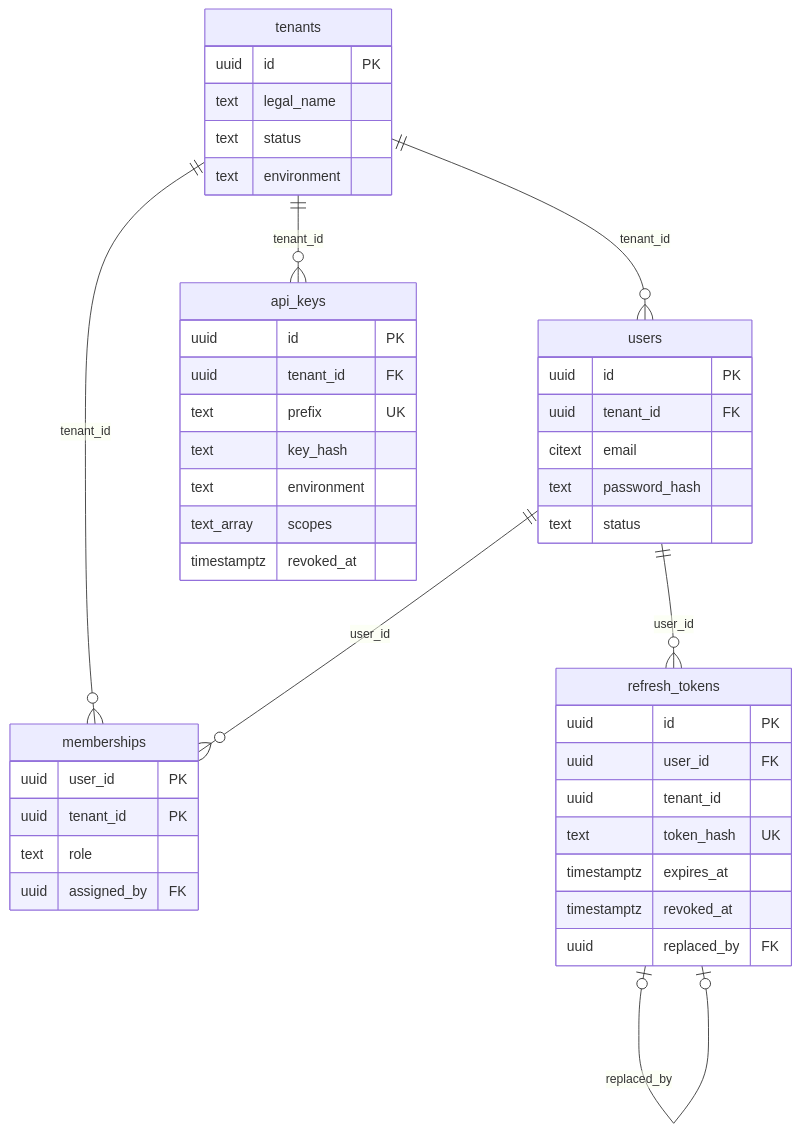
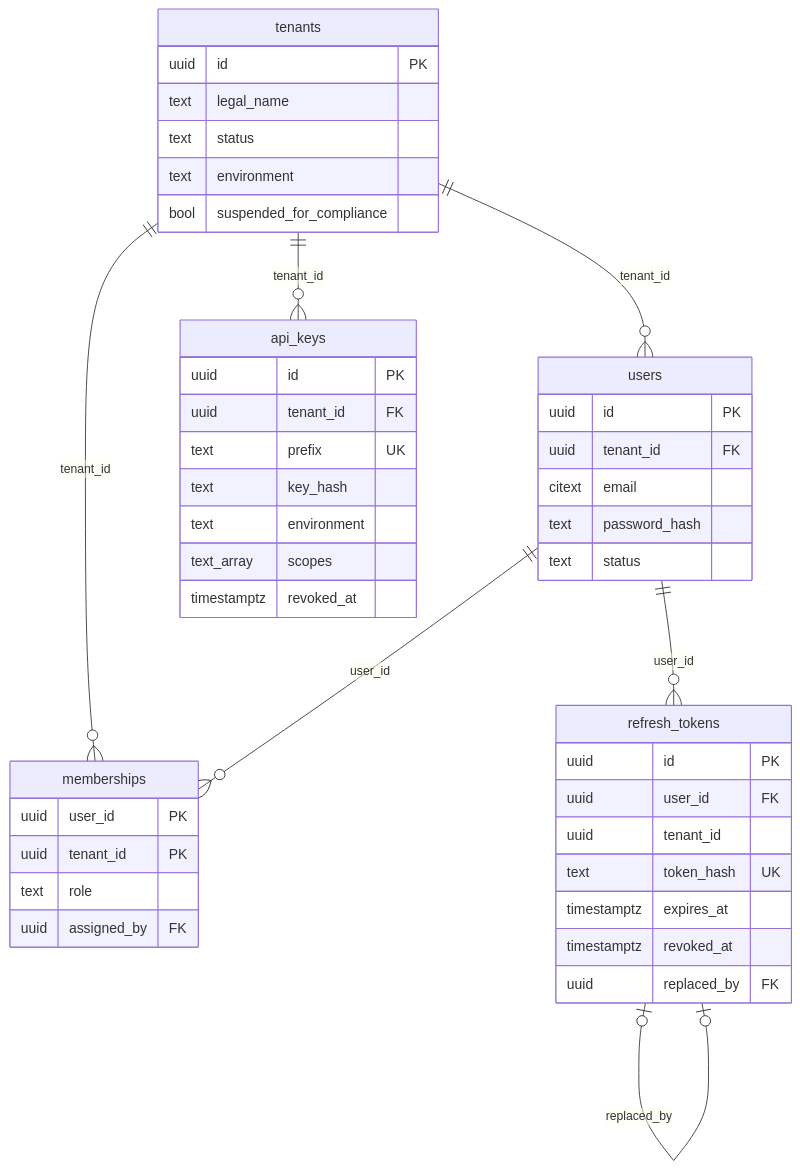
One commit to juantevez/cobros-platform changed the third of 3 diagrams in docs/technical/AUTH.md. Above: the diagram before and after it, drawn with Mermaid. The commit also changed other lines of this file and 28 other files, not shown here.

````diff
--- a/docs/technical/AUTH.md
+++ b/docs/technical/AUTH.md
@@ -369,37 +377,38 @@
 ```mermaid
 erDiagram
     tenants ||--o{ users : "tenant_id"
     tenants ||--o{ memberships : "tenant_id"
     users ||--o{ memberships : "user_id"
     tenants ||--o{ api_keys : "tenant_id"
     users ||--o{ refresh_tokens : "user_id"
     refresh_tokens |o--o| refresh_tokens : "replaced_by"
 
     tenants { uuid id PK
               text legal_name
               text status
-              text environment }
+              text environment
+              bool suspended_for_compliance }
     users { uuid id PK
             uuid tenant_id FK
             citext email
             text password_hash
             text status }
     memberships { uuid user_id PK
                   uuid tenant_id PK
                   text role
                   uuid assigned_by FK }
     api_keys { uuid id PK
                uuid tenant_id FK
                text prefix UK
                text key_hash
                text environment
                text_array scopes
                timestamptz revoked_at }
     refresh_tokens { uuid id PK
                      uuid user_id FK
                      uuid tenant_id
                      text token_hash UK
                      timestamptz expires_at
                      timestamptz revoked_at
                      uuid replaced_by FK }
 ```
````
